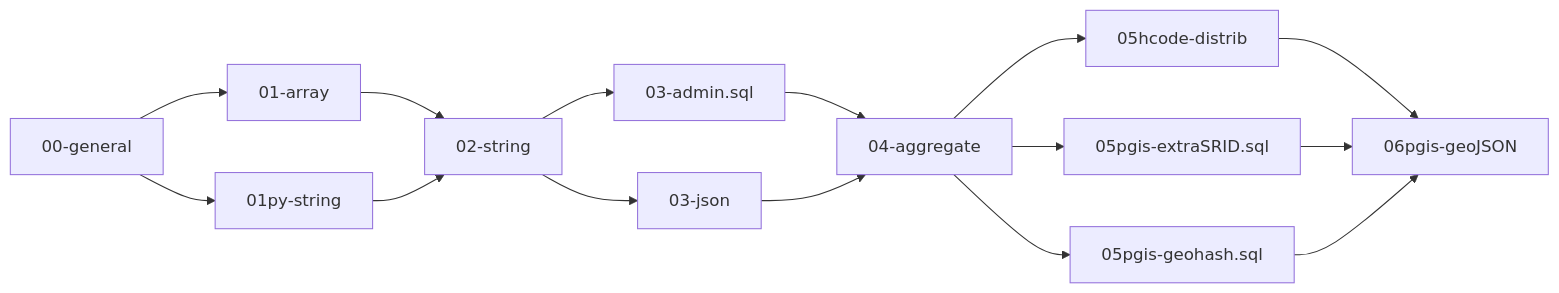
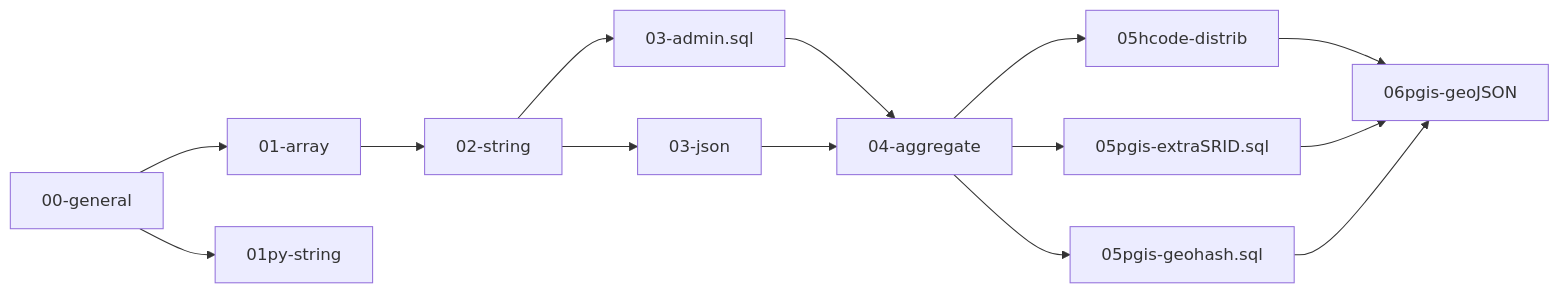
The diagram in docs/install.md (AddressForAll/pg_pubLib-v1), drawn with Mermaid before and after one commit. The commit also changed other lines of this file and 8 other files, not shown here.

````diff
--- a/docs/install.md
+++ b/docs/install.md
@@ -9,5 +10,6 @@
 ```mermaid
 graph LR
-    00-general --> 01-array & 01py-string --> 02-string --> 03-admin.sql & 03-json --> 04-aggregate
-    04-aggregate --> 05hcode-distrib & 05pgis-extraSRID.sql & 05pgis-geohash.sql --> 06pgis-geoJSON 
+    00-general --> 01-array & 01py-string
+    01-array --> 02-string --> 03-admin.sql & 03-json --> 04-aggregate
+    04-aggregate --> 05hcode-distrib & 05pgis-extraSRID.sql & 05pgis-geohash.sql --> 06pgis-geoJSON
 ```
````
